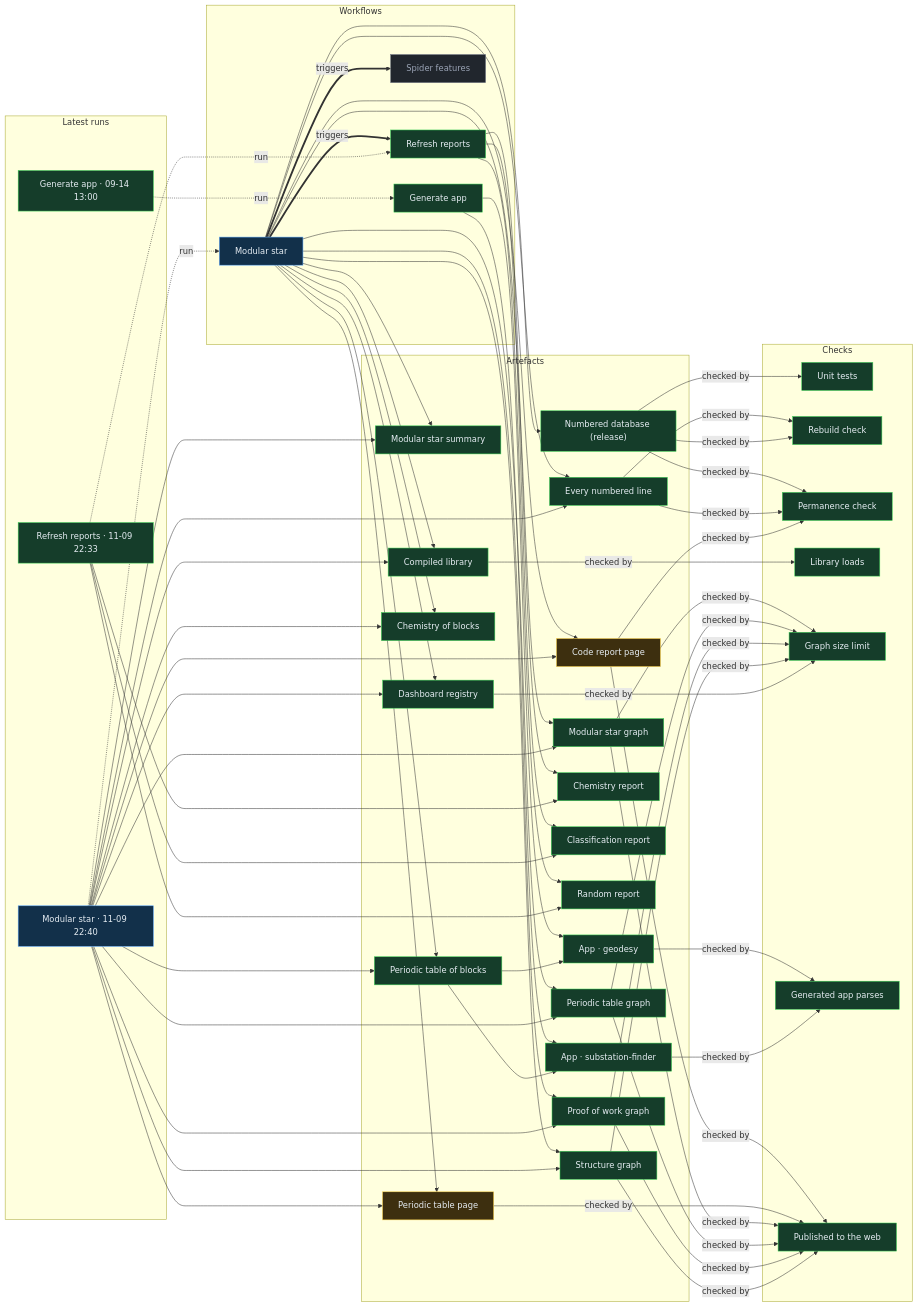
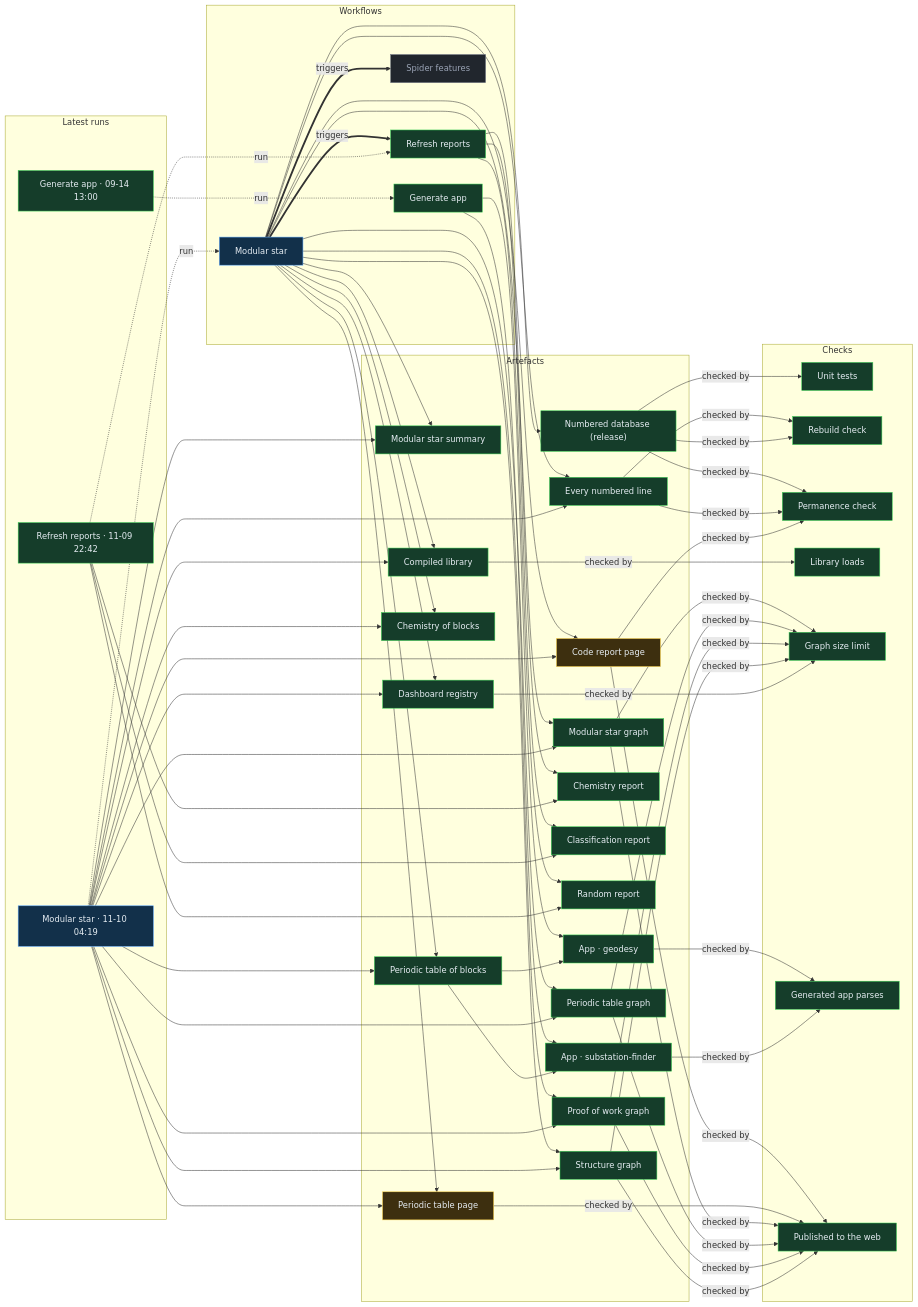
The diagram in proof/PROOF.md (Ventusltd/stars), drawn with Mermaid before and after one commit. The commit also changed other lines of this file and 33 other files, not shown here.

Commit message:
Modular star 2026-11-10T04:21Z

```diff
--- a/proof/PROOF.md
+++ b/proof/PROOF.md
@@ -24,8 +24,8 @@
   n_wf_spider_features["Spider features"]:::off
   end
   subgraph g_runs["Latest runs"]
-  n_run_42713919454["Modular star · 11-09 22:40"]:::live
-  n_run_42712931536["Refresh reports · 11-09 22:33"]:::ok
+  n_run_42755103940["Modular star · 11-10 04:19"]:::live
+  n_run_42714332921["Refresh reports · 11-09 22:42"]:::ok
   n_run_34846587798["Generate app · 09-14 13:00"]:::ok
   end
   subgraph g_artefacts["Artefacts"]
@@ -59,39 +59,39 @@
   end
   n_wf_modular_star == triggers ==> n_wf_refresh
   n_wf_modular_star == triggers ==> n_wf_spider_features
-  n_run_42713919454 -. run .-> n_wf_modular_star
-  n_run_42712931536 -. run .-> n_wf_refresh
+  n_run_42755103940 -. run .-> n_wf_modular_star
+  n_run_42714332921 -. run .-> n_wf_refresh
   n_run_34846587798 -. run .-> n_wf_generate
   n_wf_modular_star --> n_art_summary
-  n_run_42713919454 --> n_art_summary
+  n_run_42755103940 --> n_art_summary
   n_wf_modular_star --> n_art_lines
-  n_run_42713919454 --> n_art_lines
+  n_run_42755103940 --> n_art_lines
   n_wf_modular_star --> n_art_code
-  n_run_42713919454 --> n_art_code
+  n_run_42755103940 --> n_art_code
   n_wf_modular_star --> n_art_modular_graph
-  n_run_42713919454 --> n_art_modular_graph
+  n_run_42755103940 --> n_art_modular_graph
   n_wf_modular_star --> n_art_blocks
-  n_run_42713919454 --> n_art_blocks
+  n_run_42755103940 --> n_art_blocks
   n_wf_modular_star --> n_art_table
-  n_run_42713919454 --> n_art_table
+  n_run_42755103940 --> n_art_table
   n_wf_modular_star --> n_art_blocks_graph
-  n_run_42713919454 --> n_art_blocks_graph
+  n_run_42755103940 --> n_art_blocks_graph
   n_wf_modular_star --> n_art_reactions
-  n_run_42713919454 --> n_art_reactions
+  n_run_42755103940 --> n_art_reactions
   n_wf_modular_star --> n_art_library
-  n_run_42713919454 --> n_art_library
+  n_run_42755103940 --> n_art_library
   n_wf_modular_star --> n_art_features
-  n_run_42713919454 --> n_art_features
+  n_run_42755103940 --> n_art_features
   n_wf_modular_star --> n_art_proof
-  n_run_42713919454 --> n_art_proof
+  n_run_42755103940 --> n_art_proof
   n_wf_modular_star --> n_art_structure
-  n_run_42713919454 --> n_art_structure
+  n_run_42755103940 --> n_art_structure
   n_wf_refresh --> n_art_chemistry
-  n_run_42712931536 --> n_art_chemistry
+  n_run_42714332921 --> n_art_chemistry
   n_wf_refresh --> n_art_vedic
-  n_run_42712931536 --> n_art_vedic
+  n_run_42714332921 --> n_art_vedic
   n_wf_refresh --> n_art_random
-  n_run_42712931536 --> n_art_random
+  n_run_42714332921 --> n_art_random
   n_wf_modular_star --> n_art_release
   n_wf_generate --> n_app_geodesy
   n_art_blocks --> n_app_geodesy
```
